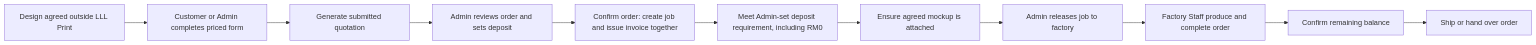
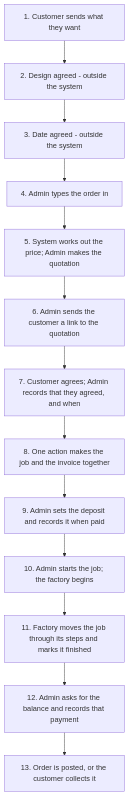
Before and after one commit to LLL-development/lll-print: the first of 2 diagrams in docs/SRS.md, drawn with Mermaid. The commit also changed other lines of this file and 2 other files, not shown here.

First line of the commit message:
docs: rewrite the three documents against the agreed architecture

````diff
--- a/docs/SRS.md
+++ b/docs/SRS.md
@@ -45,13 +74,15 @@
 ```mermaid
-flowchart LR
-    D[Design agreed outside LLL Print] --> F[Customer or Admin completes priced form]
-    F --> Q[Generate submitted quotation]
-    Q --> A[Admin reviews order and sets deposit]
-    A --> J[Confirm order: create job and issue invoice together]
-    J --> P[Meet Admin-set deposit requirement, including RM0]
-    P --> M[Ensure agreed mockup is attached]
-    M --> H[Admin releases job to factory]
-    H --> R[Factory Staff produce and complete order]
-    R --> B[Confirm remaining balance]
-    B --> S[Ship or hand over order]
+flowchart TD
+    S1[1. Customer sends what they want] --> S2[2. Design agreed - outside the system]
+    S2 --> S3[3. Date agreed - outside the system]
+    S3 --> S4[4. Admin types the order in]
+    S4 --> S5[5. System works out the price; Admin makes the quotation]
+    S5 --> S6[6. Admin sends the customer a link to the quotation]
+    S6 --> S7[7. Customer agrees; Admin records that they agreed, and when]
+    S7 --> S8[8. One action makes the job and the invoice together]
+    S8 --> S9[9. Admin sets the deposit and records it when paid]
+    S9 --> S10[10. Admin starts the job; the factory begins]
+    S10 --> S11[11. Factory moves the job through its steps and marks it finished]
+    S11 --> S12[12. Admin asks for the balance and records that payment]
+    S12 --> S13[13. Order is posted, or the customer collects it]
 ```
````
